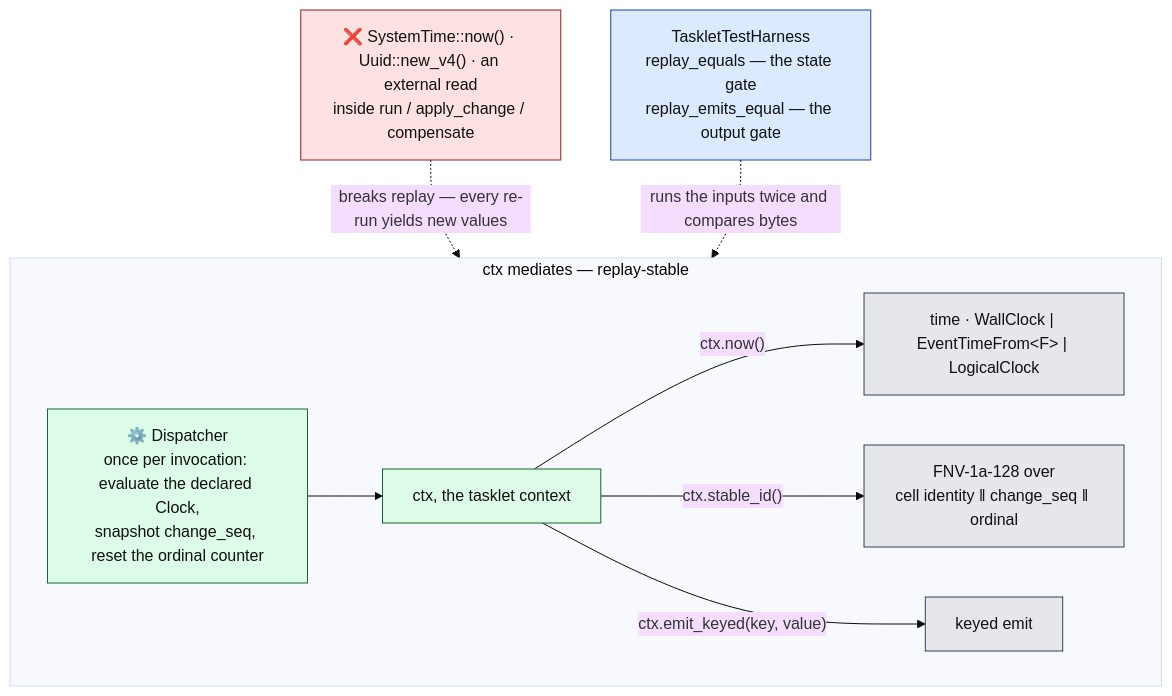
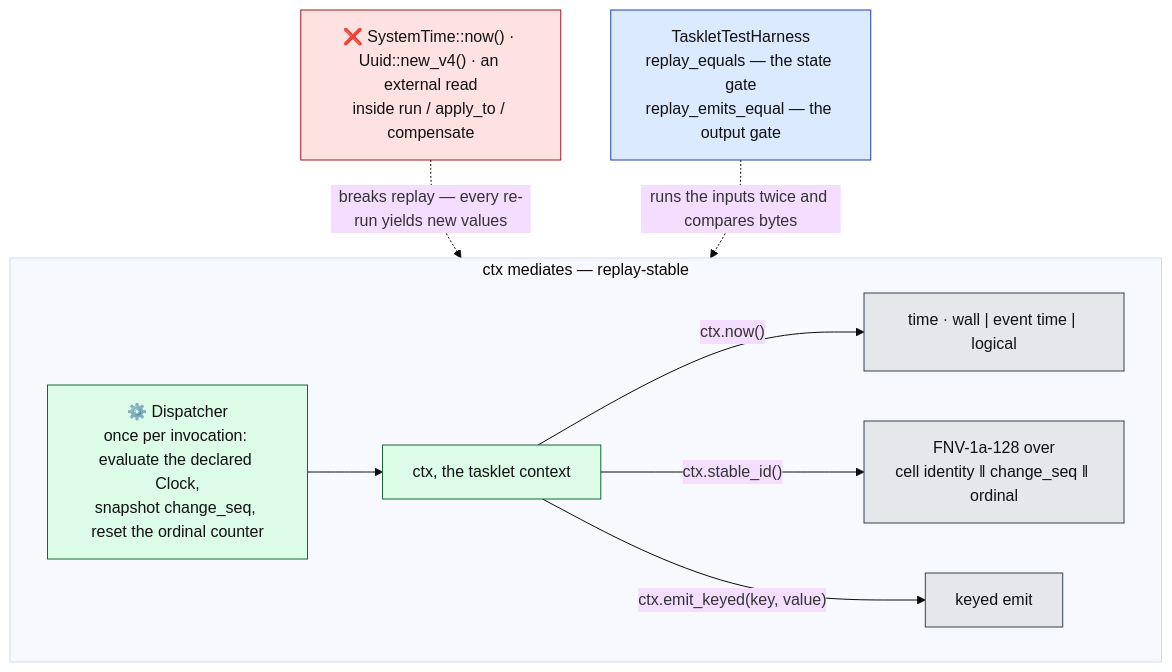
The ninth of 17 diagrams in docs/architecture/kernel.md (Flezha/flezha), drawn with Mermaid (base theme) before and after one commit. The commit also changed other lines of this file and 34 other files, not shown here.

````diff
--- a/docs/architecture/kernel.md
+++ b/docs/architecture/kernel.md
@@ -451,21 +451,21 @@
 ```mermaid
 flowchart TB
     subgraph GOOD["ctx mediates — replay-stable"]
         DISP["⚙️ Dispatcher<br/>once per invocation: evaluate the declared Clock,<br/>snapshot change_seq, reset the ordinal counter"]:::exec
         CTX["ctx, the tasklet context"]:::exec
         DISP --> CTX
-        CTX -->|"ctx.now()"| T["time · WallClock | EventTimeFrom&lt;F&gt; | LogicalClock"]:::store
+        CTX -->|"ctx.now()"| T["time · wall | event time | logical"]:::store
         CTX -->|"ctx.stable_id()"| ID["FNV-1a-128 over<br/>cell identity ‖ change_seq ‖ ordinal"]:::store
         CTX -->|"ctx.emit_keyed(key, value)"| EM["keyed emit"]:::store
     end
-    BAD["❌ SystemTime::now() · Uuid::new_v4() · an external read<br/>inside run / apply_change / compensate"]:::risk
+    BAD["❌ SystemTime::now() · Uuid::new_v4() · an external read<br/>inside run / apply_to / compensate"]:::risk
     HARNESS["TaskletTestHarness<br/>replay_equals — the state gate<br/>replay_emits_equal — the output gate"]:::ctrl
 
     BAD -.->|"breaks replay — every re-run yields new values"| GOOD
     HARNESS -.->|"runs the inputs twice and compares bytes"| GOOD
 
     classDef ctrl fill:#dbeafe,stroke:#1e40af,color:#111
     classDef exec fill:#dcfce7,stroke:#166534,color:#111
     classDef store fill:#e5e7eb,stroke:#374151,color:#111
     classDef risk fill:#fee2e2,stroke:#991b1b,color:#111
 ```
````
